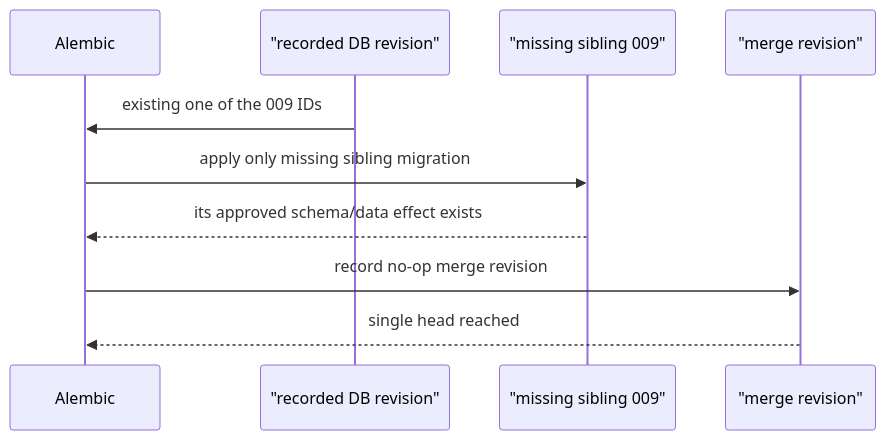
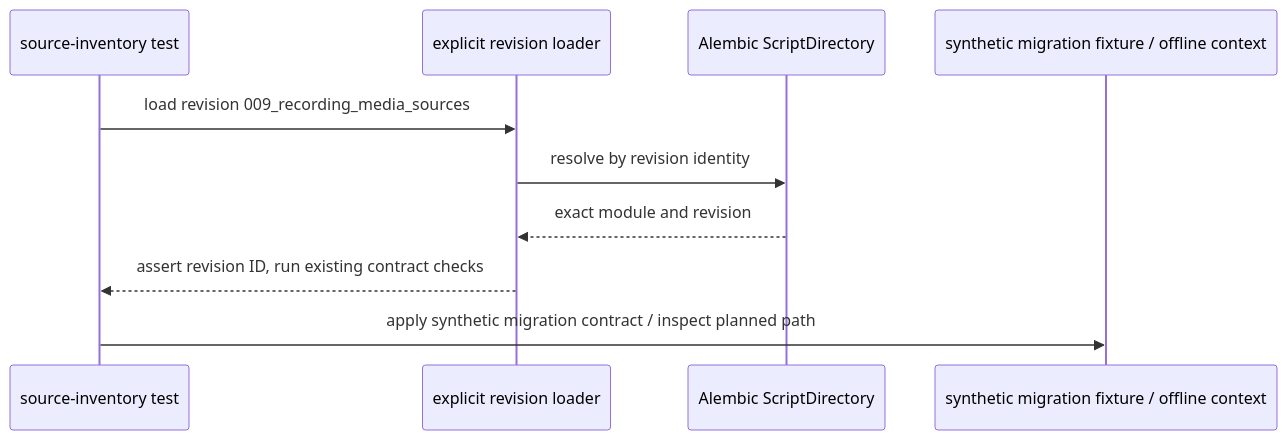
The second of 2 diagrams in .spectra/specs/bugfix-migration-009-lineage/design.md (lufermalgo/sauri), drawn with Mermaid before and after one commit. The commit also changed other lines of this file, not shown here.

Commit message:
docs(spectra): design migration 009 lineage reconciliation

````diff
--- a/.spectra/specs/bugfix-migration-009-lineage/design.md
+++ b/.spectra/specs/bugfix-migration-009-lineage/design.md
@@ -47,12 +59,12 @@
 ```mermaid
 sequenceDiagram
-    participant Alembic
-    participant R as "recorded DB revision"
-    participant S as "missing sibling 009"
-    participant M as "merge revision"
-    R->>Alembic: existing one of the 009 IDs
-    Alembic->>S: apply only missing sibling migration
-    S-->>Alembic: its approved schema/data effect exists
-    Alembic->>M: record no-op merge revision
-    M-->>Alembic: single head reached
+    participant T as source-inventory test
+    participant H as explicit revision loader
+    participant S as Alembic ScriptDirectory
+    participant DB as synthetic migration fixture / offline context
+    T->>H: load revision 009_recording_media_sources
+    H->>S: resolve by revision identity
+    S-->>H: exact module and revision
+    H-->>T: assert revision ID, run existing contract checks
+    T->>DB: apply synthetic migration contract / inspect planned path
 ```
````
